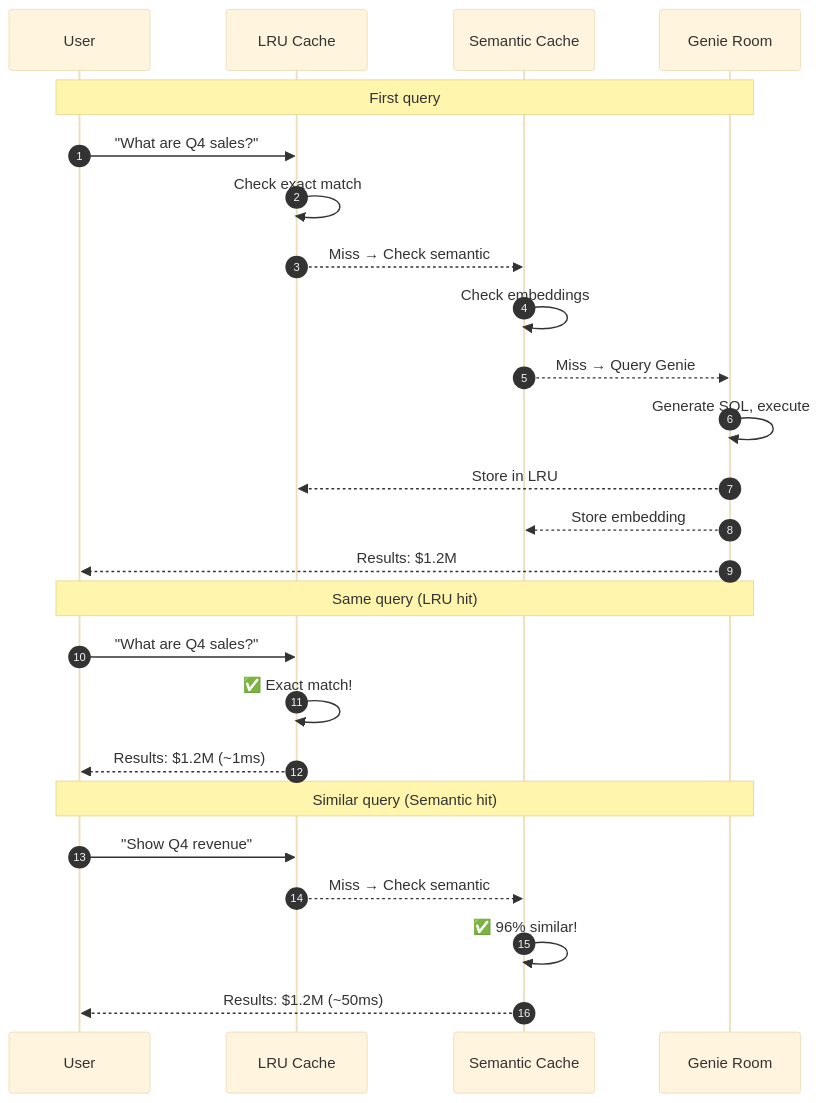
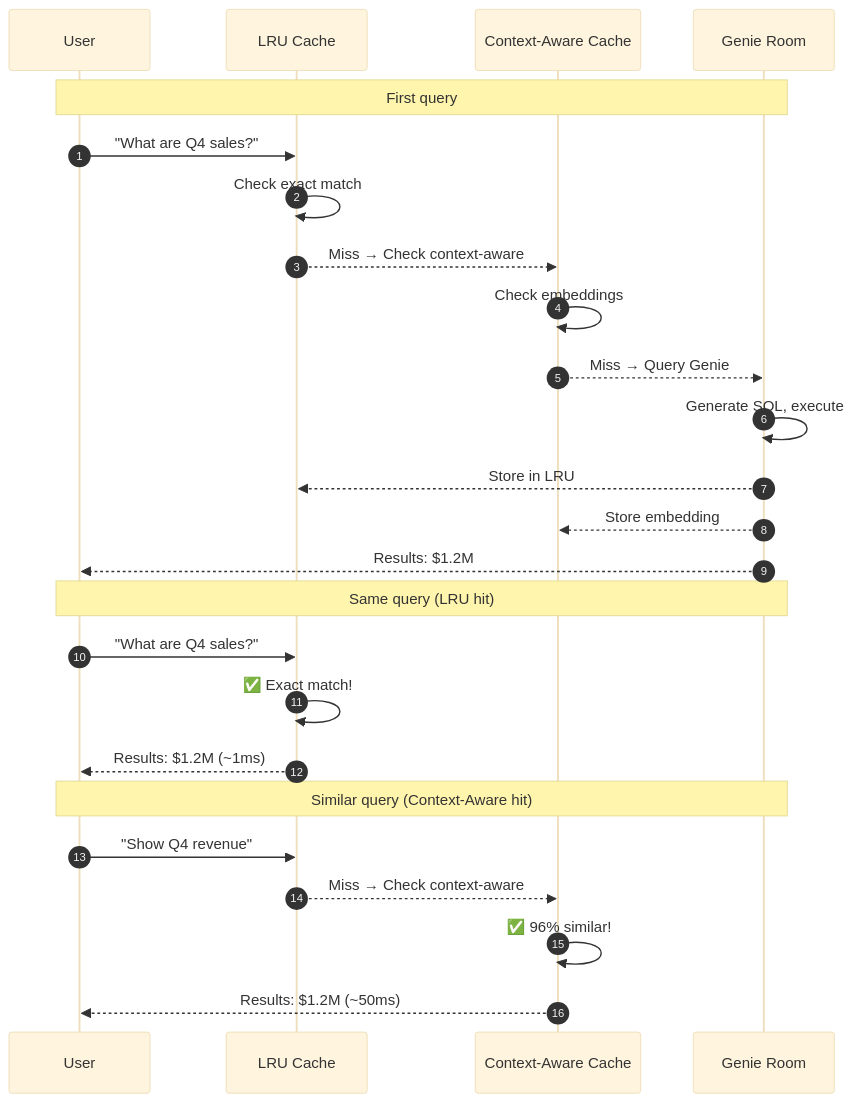
One commit to natefleming/retail-ai changed the third of 6 diagrams in config/examples/04_genie/README.md. Above: the diagram before and after it, drawn with Mermaid. The commit also changed other lines of this file and 25 other files, not shown here.

Commit message:
refactor semantic cache config model

````diff
--- a/config/examples/04_genie/README.md
+++ b/config/examples/04_genie/README.md
@@ -149,31 +149,31 @@
 ```mermaid
 %%{init: {'theme': 'base'}}%%
 sequenceDiagram
     autonumber
     participant 👤 as User
     participant ⚡ as LRU Cache
-    participant 🧠 as Semantic Cache
+    participant 🧠 as Context-Aware Cache
     participant 🧞 as Genie Room
 
     Note over 👤,🧞: First query
     👤->>⚡: "What are Q4 sales?"
     ⚡->>⚡: Check exact match
-    ⚡-->>🧠: Miss → Check semantic
+    ⚡-->>🧠: Miss → Check context-aware
     🧠->>🧠: Check embeddings
     🧠-->>🧞: Miss → Query Genie
     🧞->>🧞: Generate SQL, execute
     🧞-->>⚡: Store in LRU
     🧞-->>🧠: Store embedding
     🧞-->>👤: Results: $1.2M
 
     Note over 👤,🧞: Same query (LRU hit)
     👤->>⚡: "What are Q4 sales?"
     ⚡->>⚡: ✅ Exact match!
     ⚡-->>👤: Results: $1.2M (~1ms)
 
-    Note over 👤,🧞: Similar query (Semantic hit)
+    Note over 👤,🧞: Similar query (Context-Aware hit)
     👤->>⚡: "Show Q4 revenue"
-    ⚡-->>🧠: Miss → Check semantic
+    ⚡-->>🧠: Miss → Check context-aware
     🧠->>🧠: ✅ 96% similar!
     🧠-->>👤: Results: $1.2M (~50ms)
 ```
````
